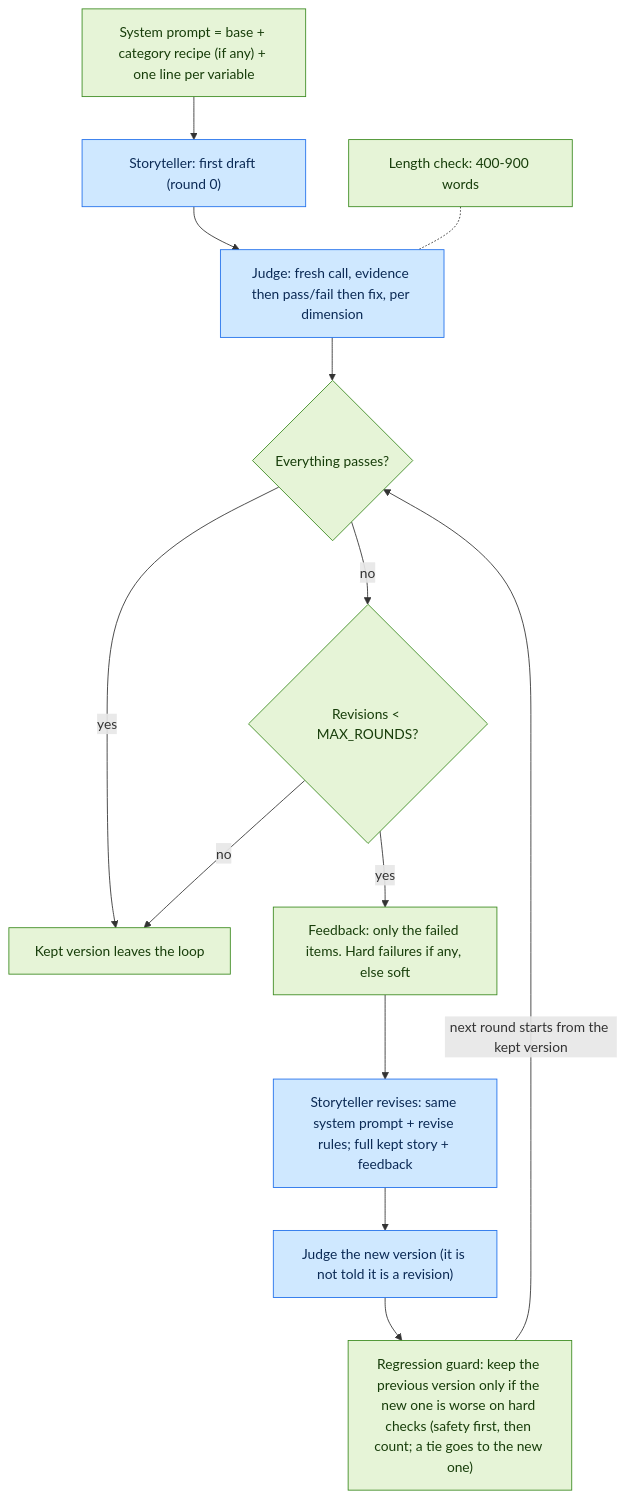
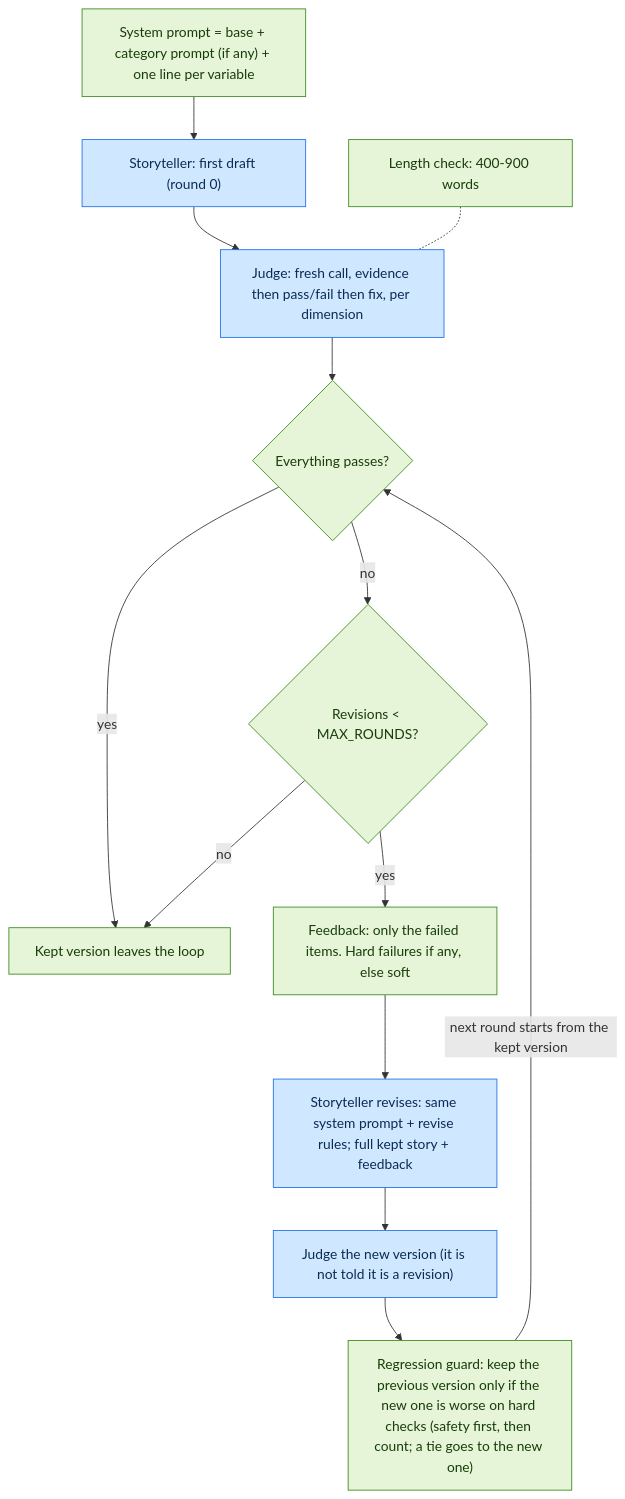
Before and after one commit to Sumo-99/hippocratic_ai_assessment: the third of 3 diagrams in docs/ARCHITECTURE.md, drawn with Mermaid. The commit also changed other lines of this file and 4 other files, not shown here.

Commit message:
docs: say category prompt instead of recipe

````diff
--- a/docs/ARCHITECTURE.md
+++ b/docs/ARCHITECTURE.md
@@ -67,27 +67,27 @@
 ```mermaid
 flowchart TD
-    PROMPT["System prompt = base + category recipe (if any) + one line per variable"]:::code
+    PROMPT["System prompt = base + category prompt (if any) + one line per variable"]:::code
     WRITE["Storyteller: first draft (round 0)"]:::llm
     JUDGE["Judge: fresh call, evidence then pass/fail then fix, per dimension"]:::llm
     LEN["Length check: 400-900 words"]:::code
     PASS{"Everything passes?"}:::code
     CAP{"Revisions < MAX_ROUNDS?"}:::code
     FB["Feedback: only the failed items. Hard failures if any, else soft"]:::code
     REV["Storyteller revises: same system prompt + revise rules; full kept story + feedback"]:::llm
     JUDGE2["Judge the new version (it is not told it is a revision)"]:::llm
     GUARD["Regression guard: keep the previous version only if the new one is worse on hard checks (safety first, then count; a tie goes to the new one)"]:::code
     DONE["Kept version leaves the loop"]:::code
 
     PROMPT --> WRITE --> JUDGE
     LEN -.- JUDGE
     JUDGE --> PASS
     PASS -->|yes| DONE
     PASS -->|no| CAP
     CAP -->|no| DONE
     CAP -->|yes| FB --> REV --> JUDGE2 --> GUARD
     GUARD -->|"next round starts from the kept version"| PASS
 
     classDef llm fill:#cfe8ff,stroke:#1f6feb,color:#0b2a55
     classDef code fill:#e6f4d7,stroke:#3b8a1f,color:#173d0a
     classDef io fill:#f3f3f3,stroke:#666,color:#222
 ```
````
